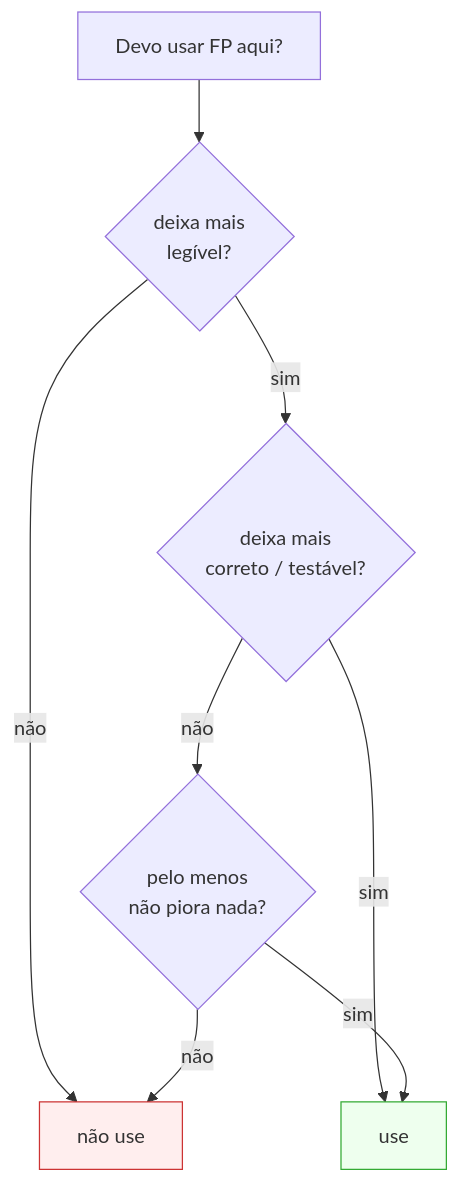
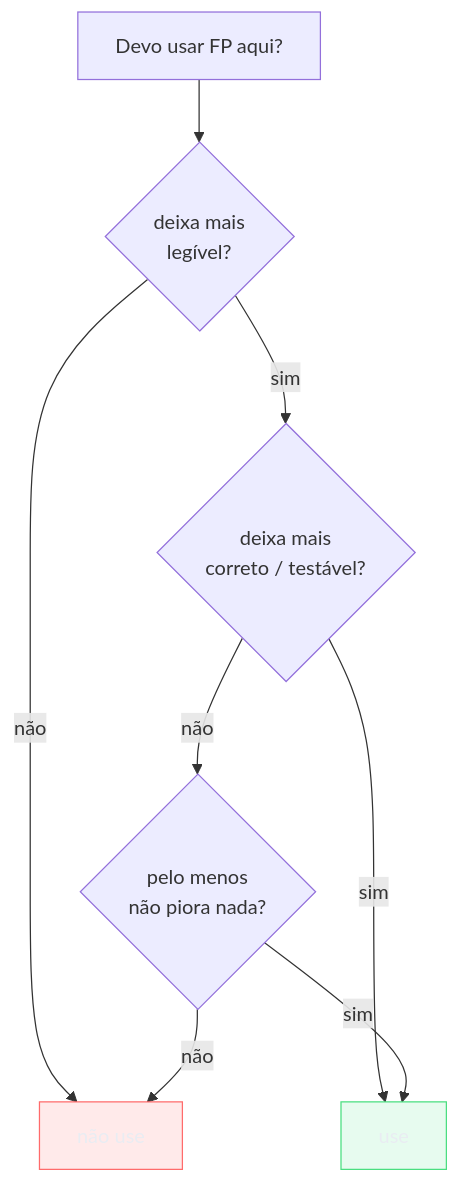
The fourth of 4 diagrams in 03-Dominios/Ciência/Paradigmas/15 - Programação funcional na prática.md (josenaldo/codex-technomanticus), drawn with Mermaid before and after one commit. The commit also changed other lines of this file and 1181 other files, not shown here.

First line of the commit message:
fix(diagramas): paleta do sistema no lugar de cor cravada no markdown

````diff
--- a/03-Dominios/Ciência/Paradigmas/15 - Programação funcional na prática.md
+++ b/03-Dominios/Ciência/Paradigmas/15 - Programação funcional na prática.md
@@ -214,12 +218,14 @@
 ```mermaid
 flowchart TD
+    classDef ok fill:#4ADE8021,stroke:#4ADE80,color:#E9ECF2
+    classDef falha fill:#FF6B6B24,stroke:#FF6B6B,color:#E9ECF2
     A["Devo usar FP aqui?"] --> B{"deixa mais<br/>legível?"}
     B -->|não| N["não use"]
     B -->|sim| C{"deixa mais<br/>correto / testável?"}
     C -->|não| D{"pelo menos<br/>não piora nada?"}
     C -->|sim| Y["use"]
     D -->|sim| Y
     D -->|não| N
-    style Y fill:#efe,stroke:#3a3
-    style N fill:#fee,stroke:#c33
+    class Y ok
+    class N falha
 ```
````
